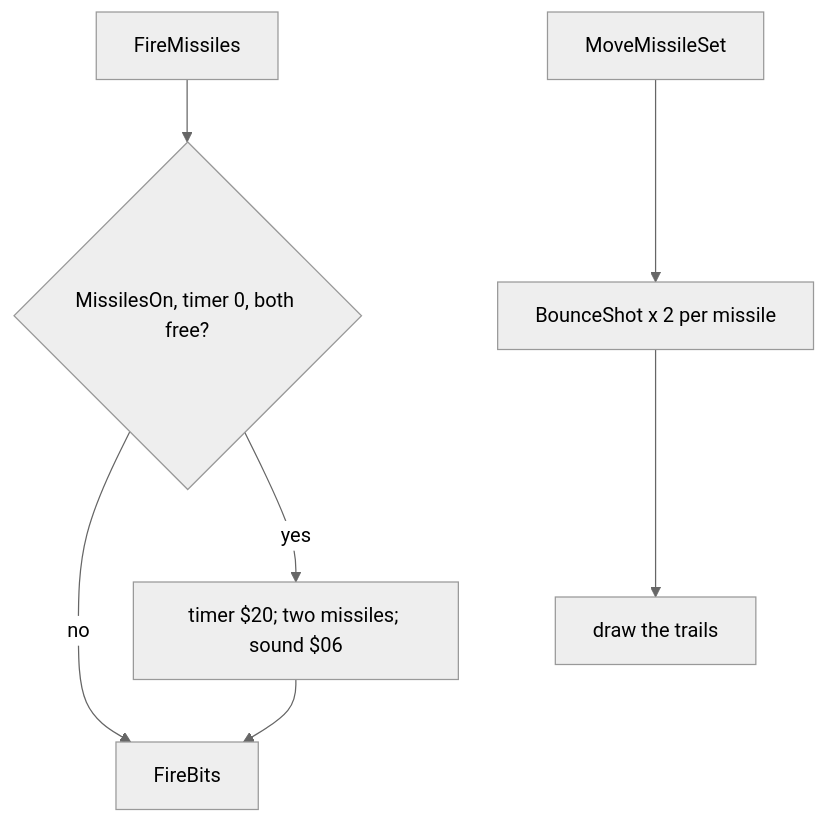
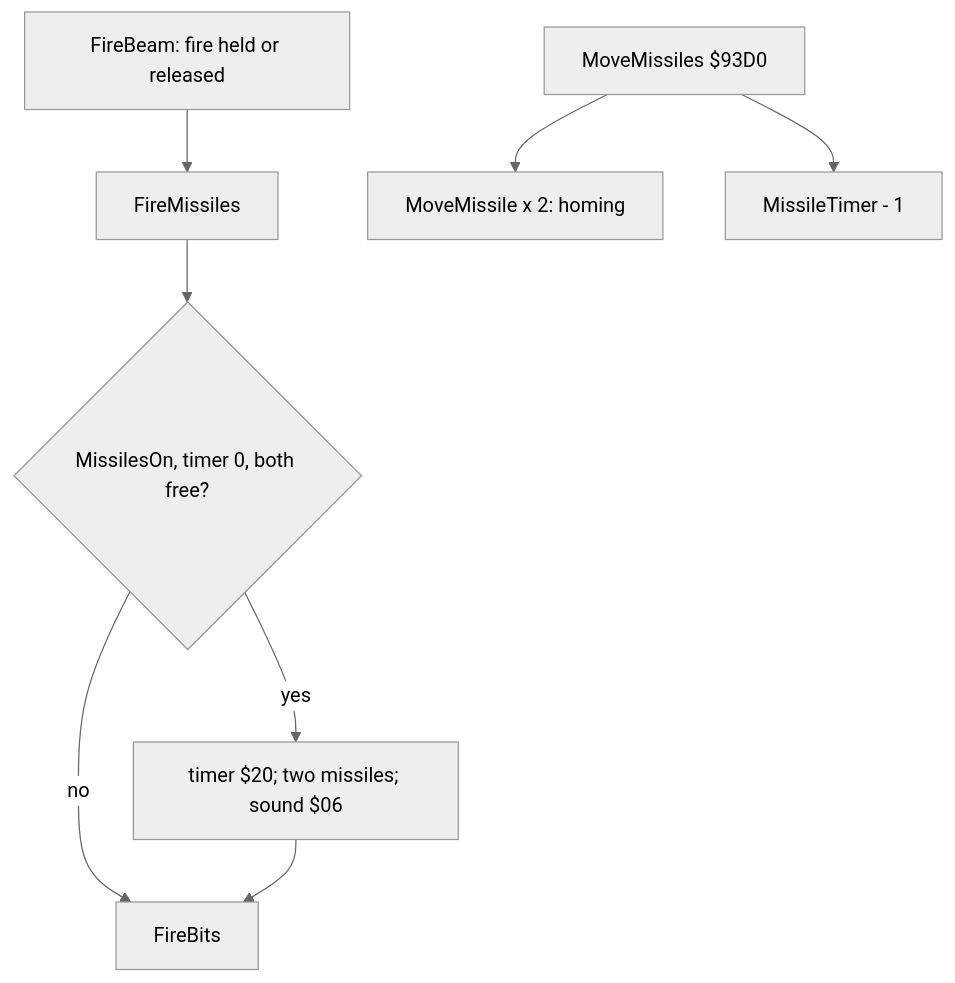
One commit to alfishe/unrealng-reverse-cases changed the eighth of 15 diagrams in games/r-type/docs/10-gameplay-logic.md. Above: the diagram before and after it, drawn with Mermaid (neutral theme). The commit also changed other lines of this file and 31 other files, not shown here.

````diff
--- a/games/r-type/docs/10-gameplay-logic.md
+++ b/games/r-type/docs/10-gameplay-logic.md
@@ -681,9 +695,10 @@
 ```mermaid
 flowchart TD
     F["FireMissiles"] --> O{"MissilesOn, timer 0, both free?"}
     O -- "no" --> B["FireBits"]
     O -- "yes" --> L["timer $20; two missiles; sound $06"]
     L --> B
-    M["MoveMissileSet"] --> S["BounceShot x 2 per missile"]
-    S --> T["draw the trails"]
+    FB["FireBeam: fire held or released"] --> F
+    M["MoveMissiles $93D0"] --> S["MoveMissile x 2: homing"]
+    M --> T["MissileTimer - 1"]
 ```
````
